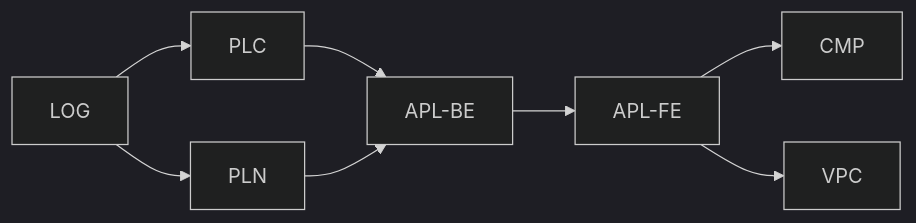
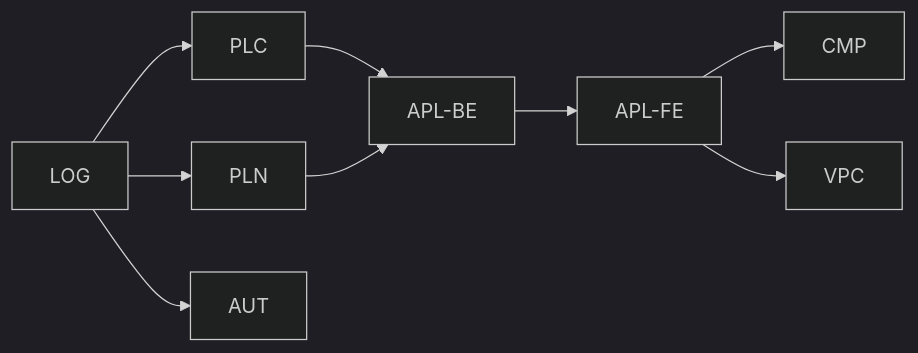
The second of 2 diagrams in docs/sprint-planner.md (unlam-tdw/valhalla), drawn with Mermaid (dark theme) before and after one commit. The commit also changed other lines of this file and 4 other files, not shown here.

````diff
--- a/docs/sprint-planner.md
+++ b/docs/sprint-planner.md
@@ -35,10 +35,11 @@
 ```mermaid
 graph LR
     LOG --> PLC
     LOG --> PLN
+    LOG --> AUT
     PLC --> APL-BE
     PLN --> APL-BE
     APL-BE --> APL-FE
     APL-FE --> CMP
     APL-FE --> VPC
 ```
````
